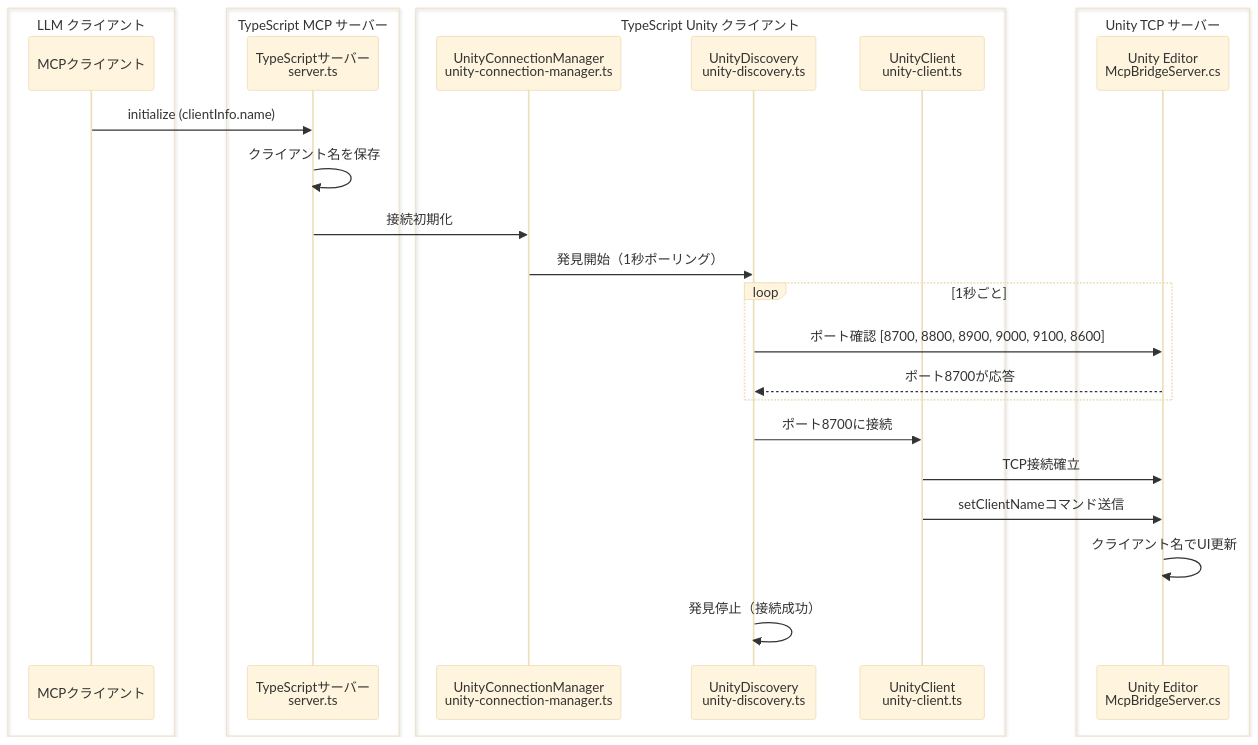
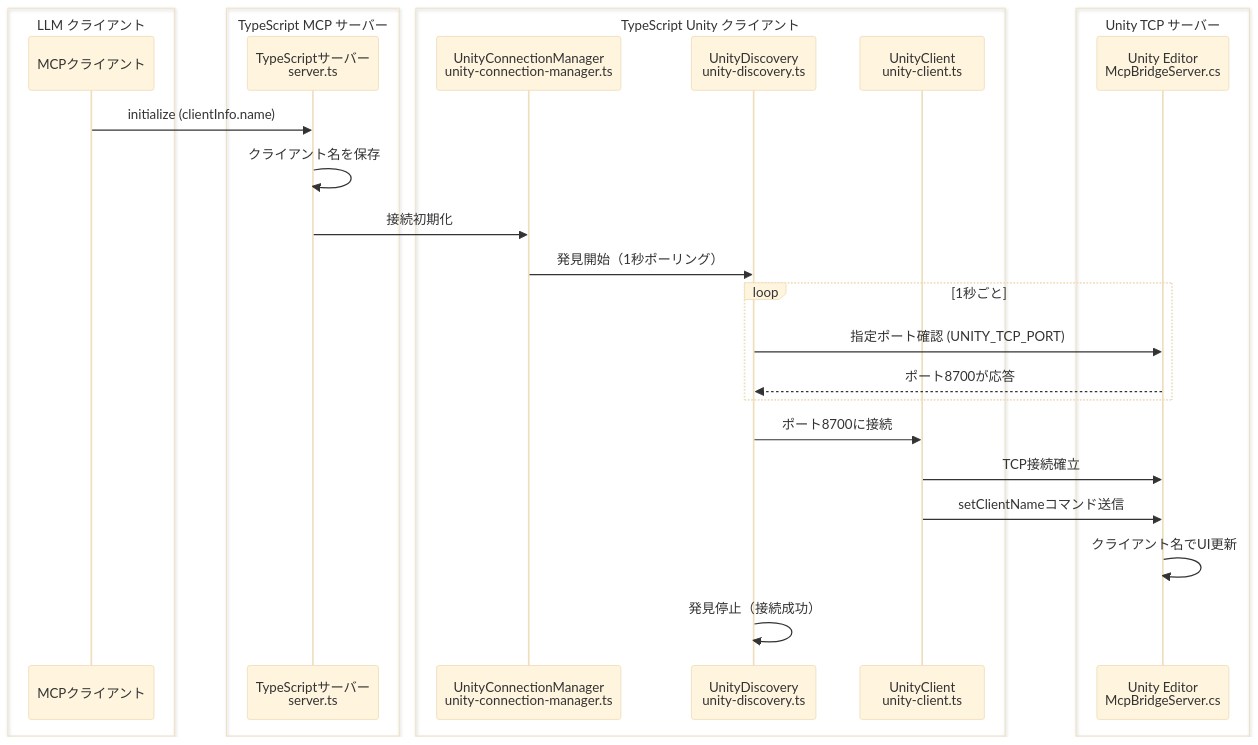
One commit to hatayama/uLoopMCP changed the sixth of 16 diagrams in Packages/src/ARCHITECTURE_ja.md. Above: the diagram before and after it, drawn with Mermaid (base theme). The commit also changed other lines of this file and 3 other files, not shown here.

First line of the commit message:
refactor: optimize Unity discovery to use single specified port

````diff
--- a/Packages/src/ARCHITECTURE_ja.md
+++ b/Packages/src/ARCHITECTURE_ja.md
@@ -457,36 +457,36 @@
 ```mermaid
 sequenceDiagram
     box LLM クライアント
     participant MCP as MCPクライアント
     end
     
     box TypeScript MCP サーバー
     participant TS as TypeScriptサーバー<br/>server.ts
     end
     
     box TypeScript Unity クライアント
     participant UCM as UnityConnectionManager<br/>unity-connection-manager.ts
     participant UD as UnityDiscovery<br/>unity-discovery.ts
     participant UC as UnityClient<br/>unity-client.ts
     end
     
     box Unity TCP サーバー
     participant Unity as Unity Editor<br/>McpBridgeServer.cs
     end
     
     MCP->>TS: initialize (clientInfo.name)
     TS->>TS: クライアント名を保存
     TS->>UCM: 接続初期化
     UCM->>UD: 発見開始（1秒ポーリング）
     
     loop 1秒ごと
-        UD->>Unity: ポート確認 [8700, 8800, 8900, 9000, 9100, 8600]
+        UD->>Unity: 指定ポート確認 (UNITY_TCP_PORT)
         Unity-->>UD: ポート8700が応答
     end
     
     UD->>UC: ポート8700に接続
     UC->>Unity: TCP接続確立
     UC->>Unity: setClientNameコマンド送信
     Unity->>Unity: クライアント名でUI更新
     UD->>UD: 発見停止（接続成功）
 ```
````
